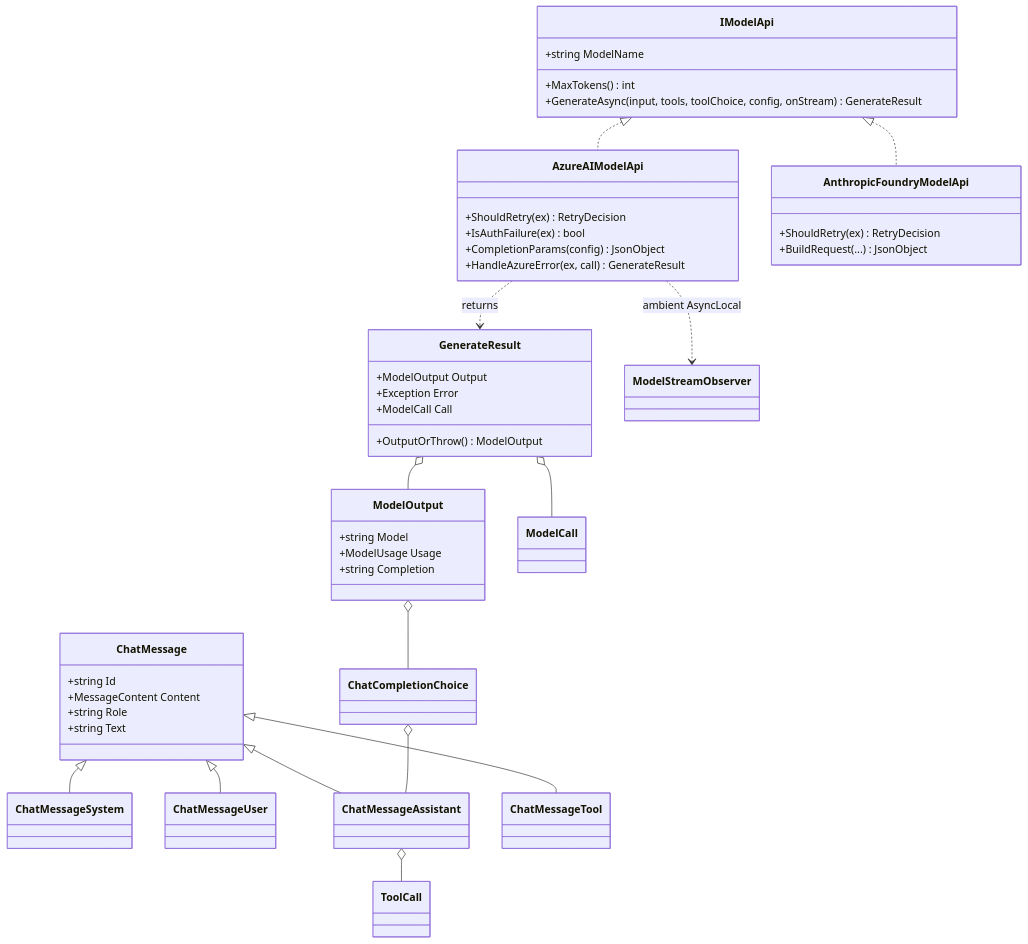
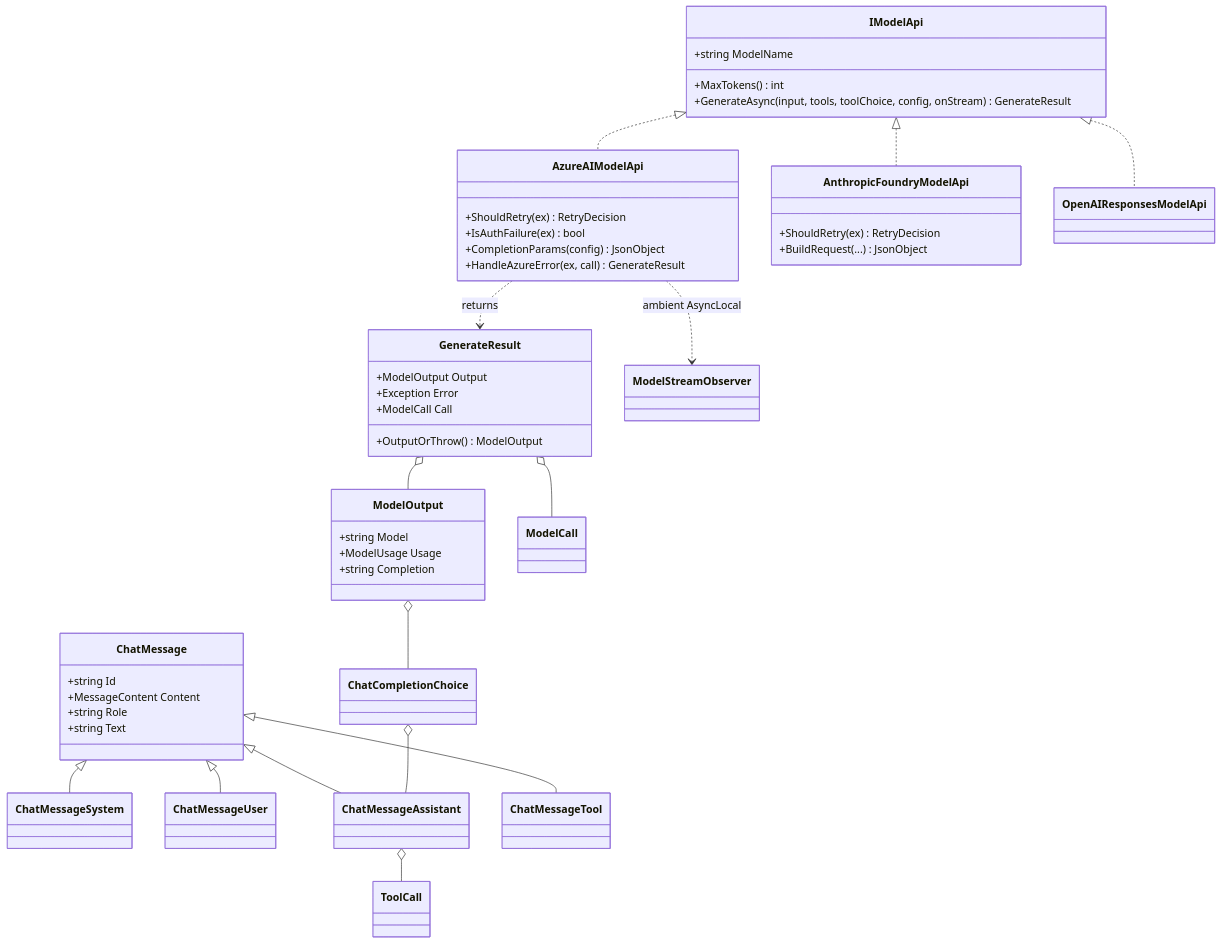
The third of 25 diagrams in docs/ARCHITECTURE.md (kevinondanet/foundry-providers), drawn with Mermaid before and after one commit. The commit also changed other lines of this file and 597 other files, not shown here.

````diff
--- a/docs/ARCHITECTURE.md
+++ b/docs/ARCHITECTURE.md
@@ -144,48 +144,50 @@
 ```mermaid
 classDiagram
     class IModelApi {
         +string ModelName
         +MaxTokens() int
         +GenerateAsync(input, tools, toolChoice, config, onStream) GenerateResult
     }
     class AzureAIModelApi {
         +ShouldRetry(ex) RetryDecision
         +IsAuthFailure(ex) bool
         +CompletionParams(config) JsonObject
         +HandleAzureError(ex, call) GenerateResult
     }
     class AnthropicFoundryModelApi {
         +ShouldRetry(ex) RetryDecision
         +BuildRequest(...) JsonObject
     }
+    class OpenAIResponsesModelApi
     IModelApi <|.. AzureAIModelApi
     IModelApi <|.. AnthropicFoundryModelApi
+    IModelApi <|.. OpenAIResponsesModelApi
     class ChatMessage {
         +string Id
         +MessageContent Content
         +string Role
         +string Text
     }
     ChatMessage <|-- ChatMessageSystem
     ChatMessage <|-- ChatMessageUser
     ChatMessage <|-- ChatMessageAssistant
     ChatMessage <|-- ChatMessageTool
     ChatMessageAssistant o-- ToolCall
     class GenerateResult {
         +ModelOutput Output
         +Exception Error
         +ModelCall Call
         +OutputOrThrow() ModelOutput
     }
     class ModelOutput {
         +string Model
         +ModelUsage Usage
         +string Completion
     }
     ModelOutput o-- ChatCompletionChoice
     ChatCompletionChoice o-- ChatMessageAssistant
     GenerateResult o-- ModelOutput
     GenerateResult o-- ModelCall
     AzureAIModelApi ..> GenerateResult : returns
     AzureAIModelApi ..> ModelStreamObserver : ambient AsyncLocal
 ```
````
